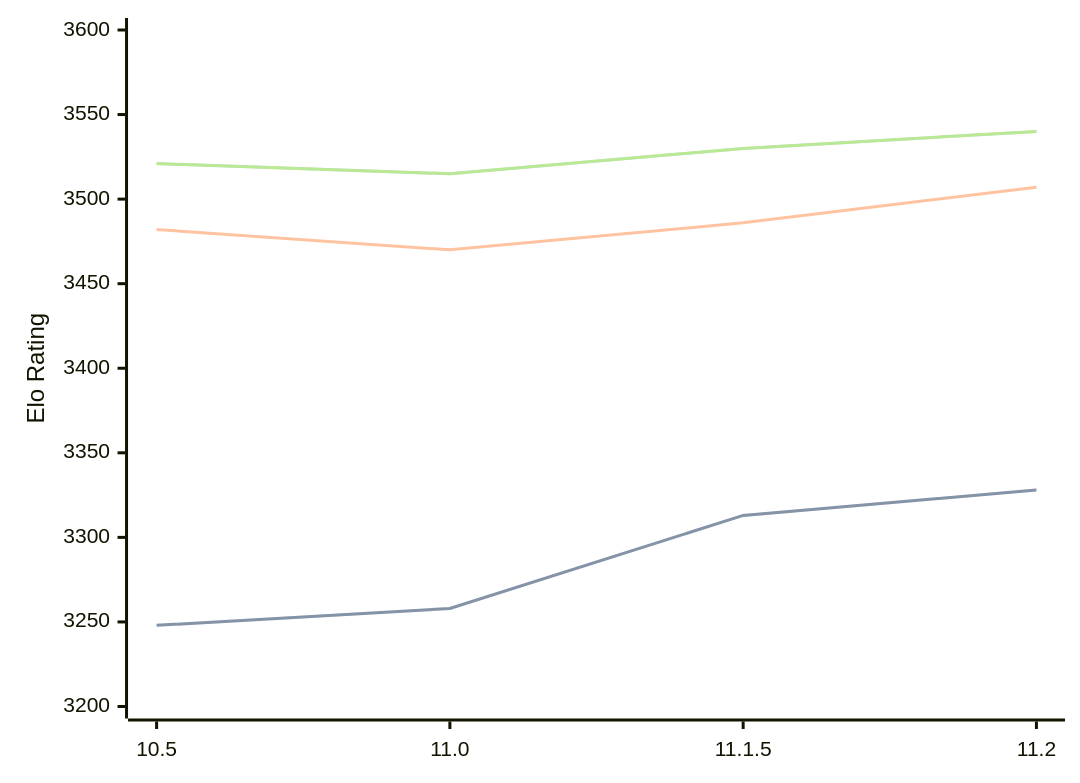
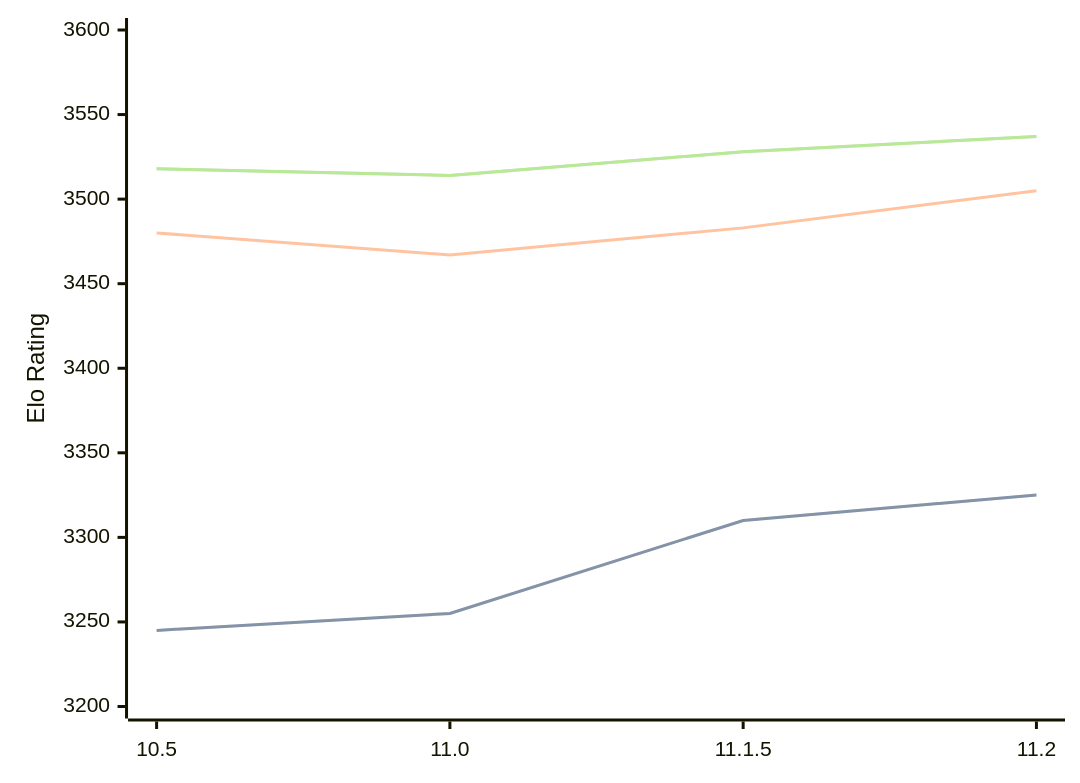
One commit to computer-chess-index/cci changed the diagram in engines/Lizard.md. Above: the diagram before and after it, drawn with Mermaid. The commit also changed other lines of this file, not shown here.

Commit message:
Update CCI Ratings (ELO VLTC) - 2026-03-31

````diff
--- a/engines/Lizard.md
+++ b/engines/Lizard.md
@@ -46,11 +46,11 @@
 ```mermaid
 %%{init: {"theme":"base","themeVariables":{"seriesColors:['#a3a3a3','#222221','#faa371']}}}%%
 xychart-beta
   x-axis ["10.5", "11.0", "11.1.5", "11.2"]
   y-axis "Elo Rating" 3200 --> 3600
-  line "STC (8.0+0.08s)" [3248, 3258, 3313, 3328]
-  line "STC (8.0+0.08s)" [3248, 3258, 3313, 3328]
-  line "LTC (60.0+0.60s)" [3482, 3470, 3486, 3507]
-  line "VLTC (2m24s+1.12s)" [3521, 3515, 3530, 3540]
-  line "VLTC (2m24s+1.12s)" [3521, 3515, 3530, 3540]
+  line "STC (8.0+0.08s)" [3245, 3255, 3310, 3325]
+  line "STC (8.0+0.08s)" [3245, 3255, 3310, 3325]
+  line "LTC (60.0+0.60s)" [3480, 3467, 3483, 3505]
+  line "VLTC (2m24s+1.12s)" [3518, 3514, 3528, 3537]
+  line "VLTC (2m24s+1.12s)" [3518, 3514, 3528, 3537]
 ```
````
